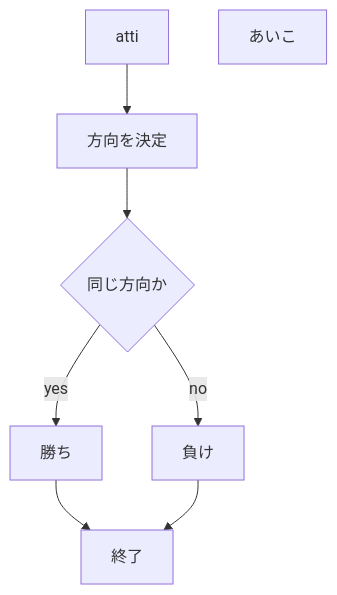
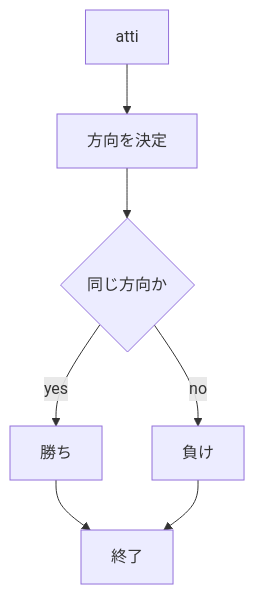
One commit to 18boxes/webpro_06 changed the second of 3 diagrams in README.md. Above: the diagram before and after it, drawn with Mermaid. The commit also changed other lines of this file and 1 other file, not shown here.

````diff
--- a/README.md
+++ b/README.md
@@ -167,18 +165,17 @@
 ```mermaid
 flowchart TD;
 
 start["atti"];
 end1["終了"]
 atti[方向を決定]
 if{"同じ方向か"}
 win["勝ち"]
-aiko["あいこ"]
 loose["負け"]
 
 start --> atti
 atti -->if
 if -->|yes| win
 if -->|no| loose
 win --> end1
 loose --> end1
 ```
````
